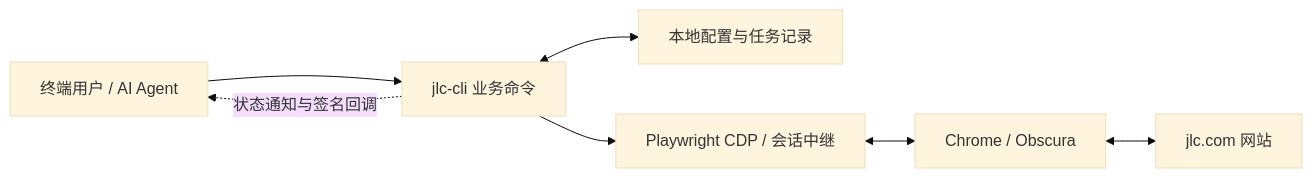
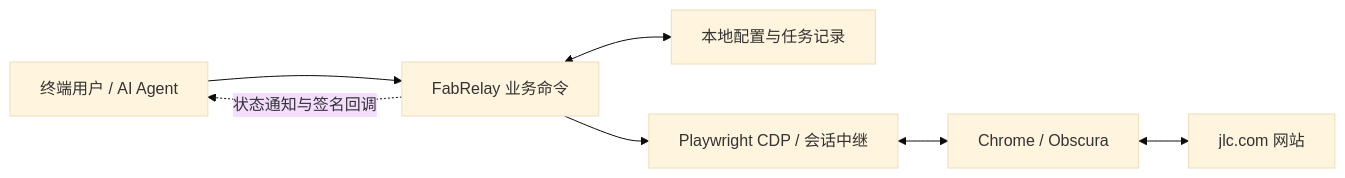
One commit to TXyy2023/FabRelay changed the diagram in README.md. Above: the diagram before and after it, drawn with Mermaid (base theme). The commit also changed other lines of this file and 31 other files, not shown here.

Commit message:
Rename project and CLI to FabRelay with legacy state compatibility

````diff
--- a/README.md
+++ b/README.md
@@ -63,9 +65,9 @@
 ```mermaid
 flowchart LR
-    A[终端用户 / AI Agent] --> B[jlc-cli 业务命令]
+    A[终端用户 / AI Agent] --> B[FabRelay 业务命令]
     B <--> C[本地配置与任务记录]
     B --> D[Playwright CDP / 会话中继]
     D <--> E[Chrome / Obscura]
     E <--> F[jlc.com 网站]
     B -. 状态通知与签名回调 .-> A
 ```
````
